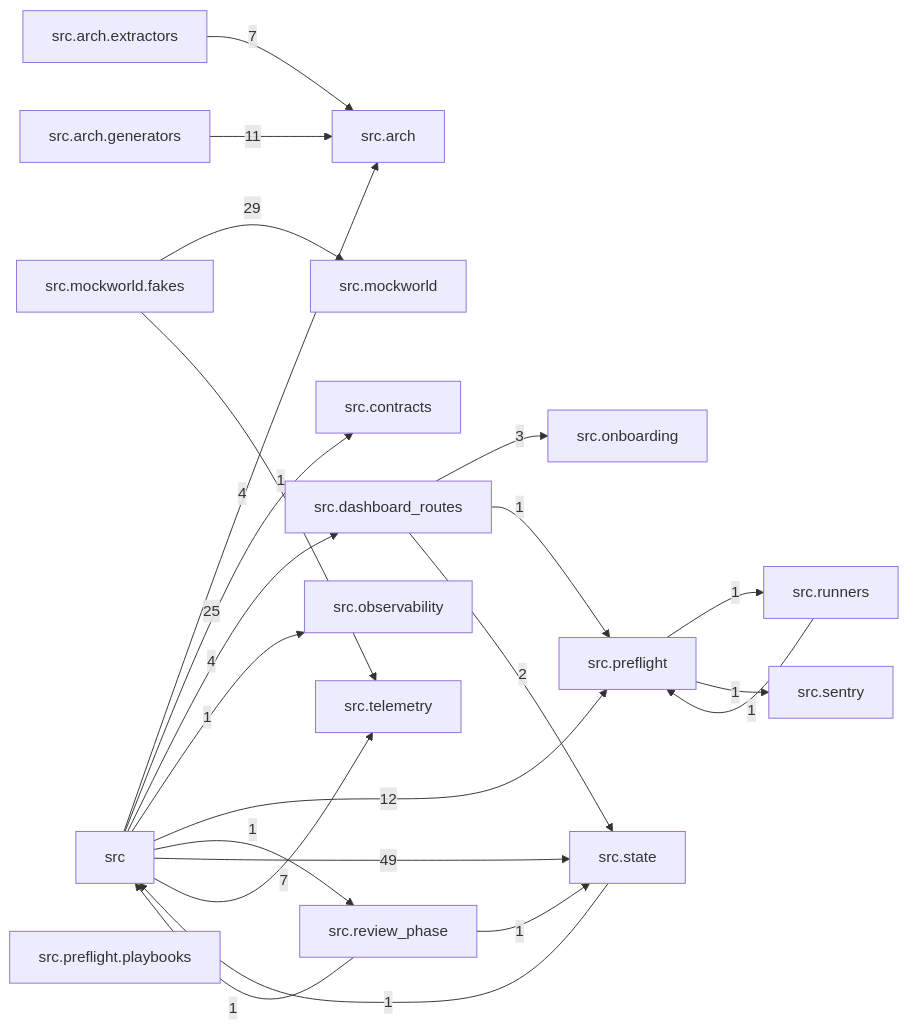
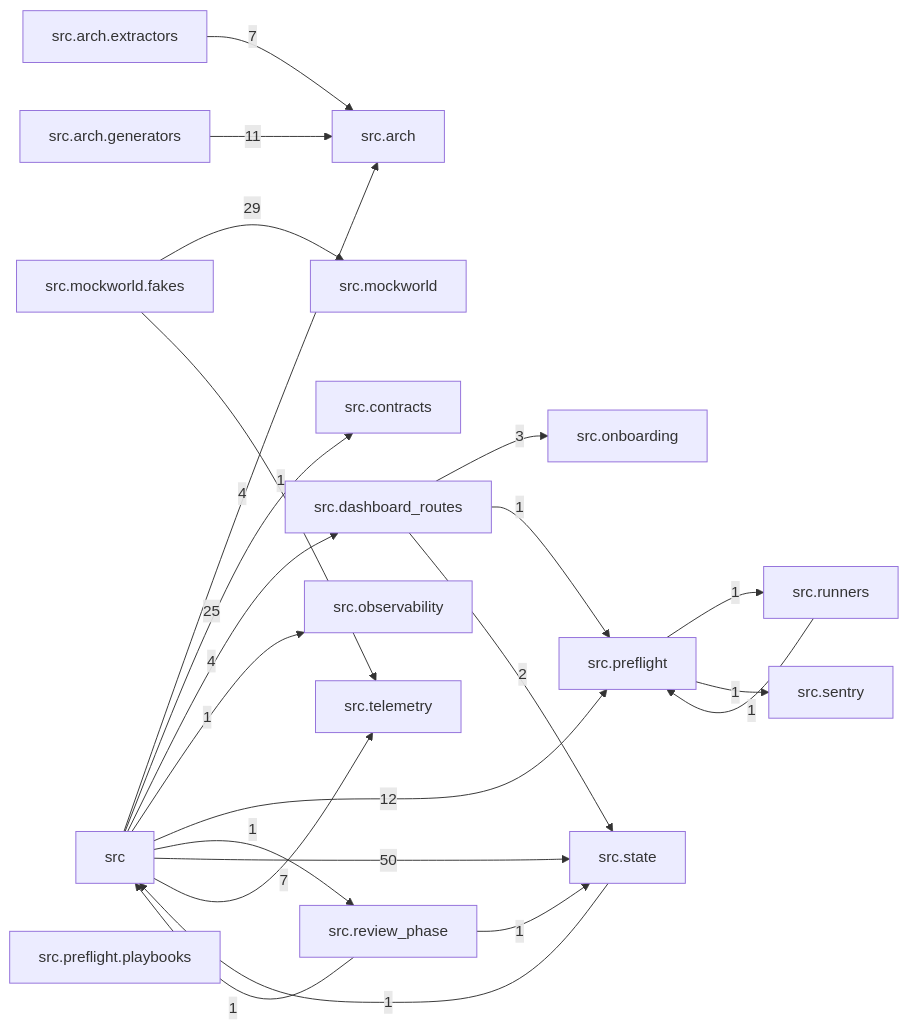
One commit to T-rav/hydraflow changed the diagram in docs/arch/generated/modules.md. Above: the diagram before and after it, drawn with Mermaid. The commit also changed 8 other files, not shown here.

````diff
--- a/docs/arch/generated/modules.md
+++ b/docs/arch/generated/modules.md
@@ -7,41 +7,41 @@
 ```mermaid
 graph LR
     src["src"]
     src_arch["src.arch"]
     src_arch_extractors["src.arch.extractors"]
     src_arch_generators["src.arch.generators"]
     src_contracts["src.contracts"]
     src_dashboard_routes["src.dashboard_routes"]
     src_mockworld["src.mockworld"]
     src_mockworld_fakes["src.mockworld.fakes"]
     src_observability["src.observability"]
     src_onboarding["src.onboarding"]
     src_preflight["src.preflight"]
     src_preflight_playbooks["src.preflight.playbooks"]
     src_review_phase["src.review_phase"]
     src_runners["src.runners"]
     src_sentry["src.sentry"]
     src_state["src.state"]
     src_telemetry["src.telemetry"]
     src -- "4" --> src_arch
     src -- "25" --> src_contracts
     src -- "4" --> src_dashboard_routes
     src -- "1" --> src_observability
     src -- "12" --> src_preflight
     src -- "1" --> src_review_phase
-    src -- "49" --> src_state
+    src -- "50" --> src_state
     src -- "7" --> src_telemetry
     src_arch_extractors -- "7" --> src_arch
     src_arch_generators -- "11" --> src_arch
     src_dashboard_routes -- "3" --> src_onboarding
     src_dashboard_routes -- "1" --> src_preflight
     src_dashboard_routes -- "2" --> src_state
     src_mockworld_fakes -- "29" --> src_mockworld
     src_mockworld_fakes -- "1" --> src_telemetry
     src_preflight -- "1" --> src_runners
     src_preflight -- "1" --> src_sentry
     src_review_phase -- "1" --> src
     src_review_phase -- "1" --> src_state
     src_runners -- "1" --> src_preflight
     src_state -- "1" --> src
 ```
````
